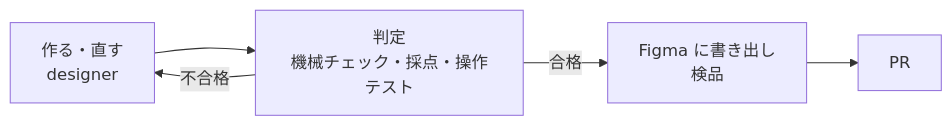
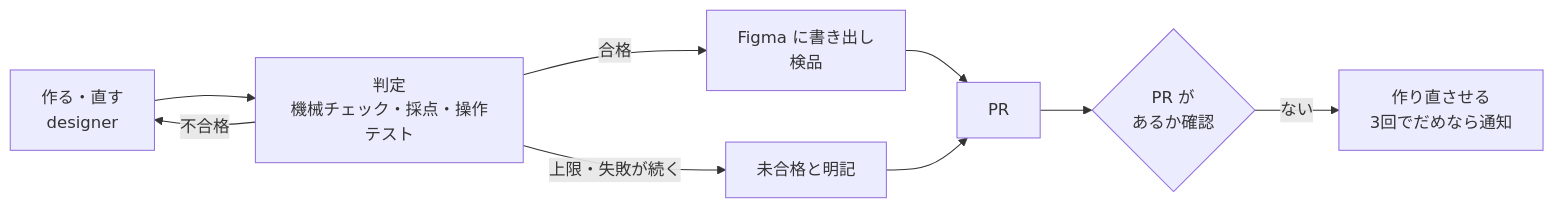
One commit to monkeikawashima/tanren changed the third of 3 diagrams in README.md. Above: the diagram before and after it, drawn with Mermaid. The commit also changed other lines of this file and 14 other files, not shown here.

````diff
--- a/README.md
+++ b/README.md
@@ -226,7 +231,11 @@
 ```mermaid
 flowchart LR
     A["作る・直す<br>designer"] --> B["判定<br>機械チェック・採点・操作テスト"]
     B -- "不合格" --> A
     B -- "合格" --> C["Figma に書き出し<br>検品"]
+    B -- "上限・失敗が続く" --> E["未合格と明記"]
     C --> D["PR"]
+    E --> D
+    D --> F{"PR が<br>あるか確認"}
+    F -- "ない" --> G["作り直させる<br>3回でだめなら通知"]
 ```
````
